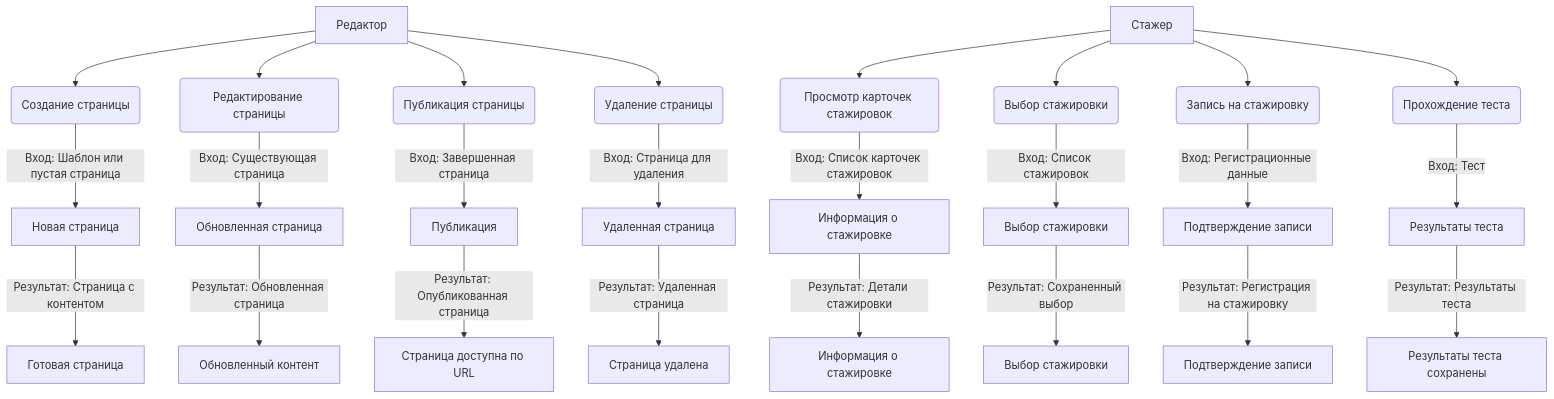
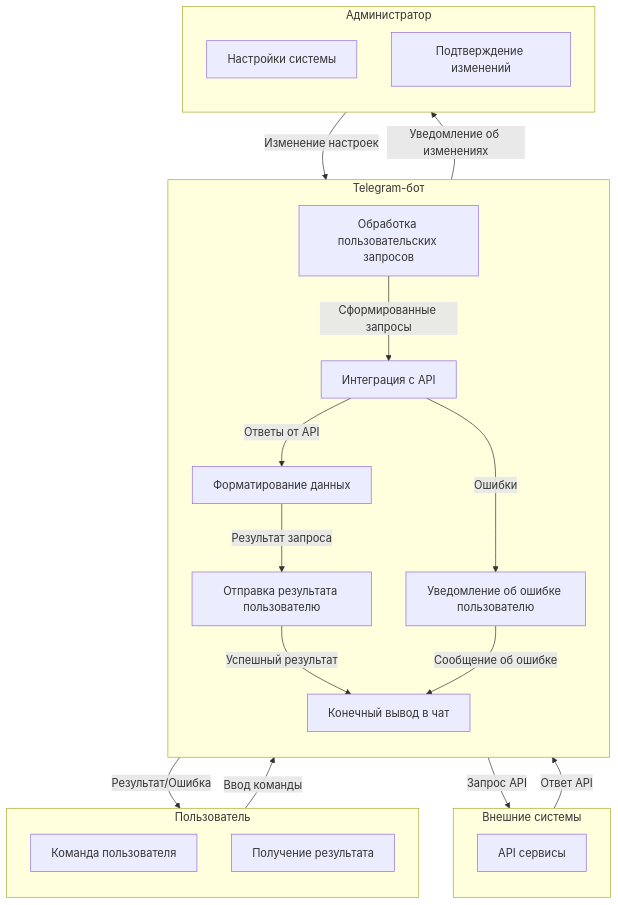
One commit to sardelkaaa/gfd changed the diagram in README.md. Above: the diagram before and after it, drawn with Mermaid.

````diff
--- a/README.md
+++ b/README.md
@@ -1,36 +1,37 @@
 ```mermaid
-graph TD
-  %% Определение ролей
-  A[Редактор] --> B(Создание страницы)
-  A --> C(Редактирование страницы)
-  A --> D(Публикация страницы)
-  A --> E(Удаление страницы)
+flowchart TD
+    subgraph TelegramBot["Telegram-бот"]
+        direction TB
+        A[Обработка пользовательских запросов] -->|Сформированные запросы| B[Интеграция с API]
+        B -->|Ответы от API| C[Форматирование данных]
+        C -->|Результат запроса| D[Отправка результата пользователю]
+        B -->|Ошибки| E[Уведомление об ошибке пользователю]
+        D -->|Успешный результат| F[Конечный вывод в чат]
+        E -->|Сообщение об ошибке| F
+    end
 
-  F[Стажер] --> G(Просмотр карточек стажировок)
-  F --> H(Выбор стажировки)
-  F --> I(Запись на стажировку)
-  F --> J(Прохождение теста)
+    subgraph ExternalSystems[Внешние системы]
+        direction TB
+        API[API сервисы]
+    end
 
-  %% Входящие и выходящие потоки
-  B -->|Вход: Шаблон или пустая страница| K[Новая страница]
-  C -->|Вход: Существующая страница| L[Обновленная страница]
-  D -->|Вход: Завершенная страница| M[Публикация]
-  E -->|Вход: Страница для удаления| N[Удаленная страница]
-  
-  G -->|Вход: Список карточек стажировок| O[Информация о стажировке]
-  H -->|Вход: Список стажировок| P[Выбор стажировки]
-  I -->|Вход: Регистрационные данные| Q[Подтверждение записи]
-  J -->|Вход: Тест| R[Результаты теста]
+    subgraph User[Пользователь]
+        direction TB
+        U1[Команда пользователя]
+        U2[Получение результата]
+    end
 
-  %% Ожидаемые результаты
-  K -->|Результат: Страница с контентом| A1[Готовая страница]
-  L -->|Результат: Обновленная страница| A2[Обновленный контент]
-  M -->|Результат: Опубликованная страница| A3[Страница доступна по URL]
-  N -->|Результат: Удаленная страница| A4[Страница удалена]
-  
-  O -->|Результат: Детали стажировки| F1[Информация о стажировке]
-  P -->|Результат: Сохраненный выбор| F2[Выбор стажировки]
-  Q -->|Результат: Регистрация на стажировку| F3[Подтверждение записи]
-  R -->|Результат: Результаты теста| F4[Результаты теста сохранены]
+    subgraph Admin[Администратор]
+        direction TB
+        A1[Настройки системы]
+        A2[Подтверждение изменений]
+    end
 
+    %% Связи между компонентами
+    U1 -->|Ввод команды| TelegramBot
+    TelegramBot -->|Запрос API| API
+    API -->|Ответ API| TelegramBot
+    TelegramBot -->|Результат/Ошибка| U2
+    Admin -->|Изменение настроек| TelegramBot
+    TelegramBot -->|Уведомление об изменениях| Admin
 ```
````
